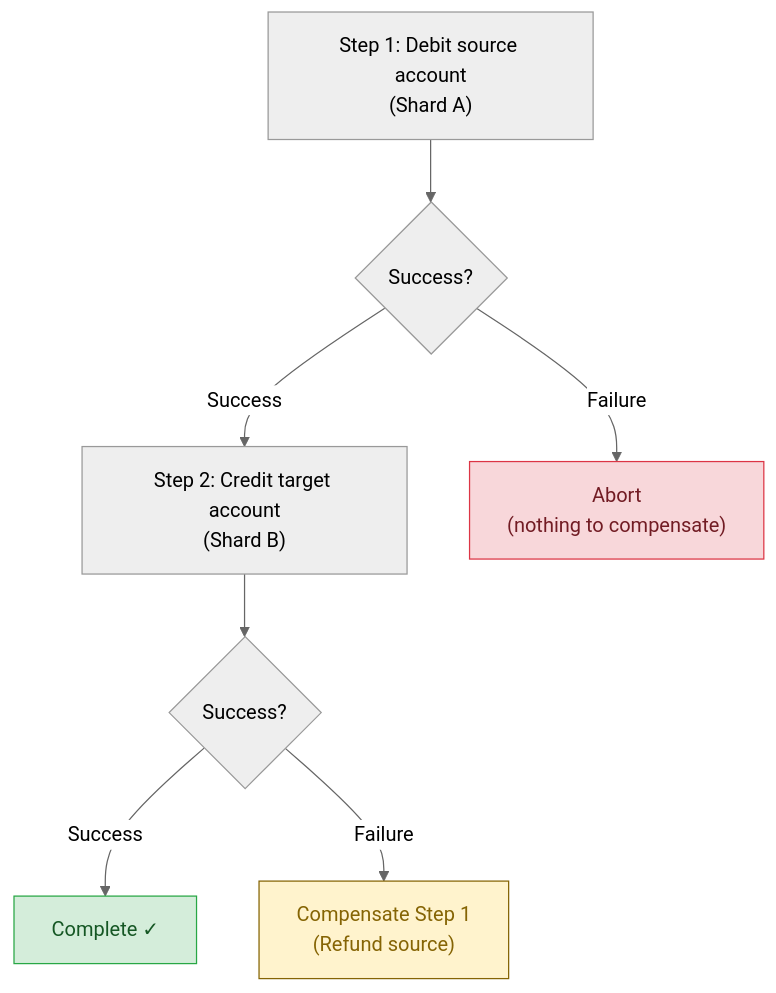
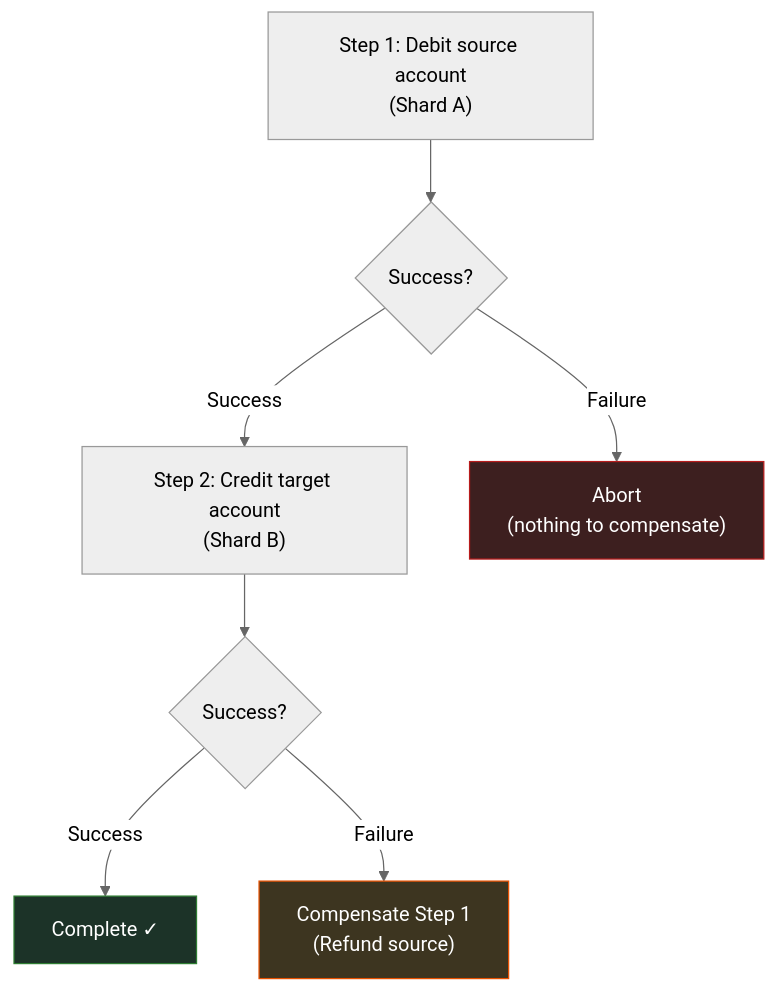
Before and after one commit to dlrivada/Encina: the second of 4 diagrams in docs/sharding/cross-shard-operations.md, drawn with Mermaid (neutral theme). The commit also changed other lines of this file and 6 other files, not shown here.

First line of the commit message:
docs: replace hardcoded light-mode Mermaid colors with dark equivalents

````diff
--- a/docs/sharding/cross-shard-operations.md
+++ b/docs/sharding/cross-shard-operations.md
@@ -80,21 +80,21 @@
 ```mermaid
 flowchart TD
     step1["Step 1: Debit source account<br/>(Shard A)"]
     step1success{"Success?"}
     step2["Step 2: Credit target account<br/>(Shard B)"]
     step2success{"Success?"}
     complete["Complete ✓"]
     compensate["Compensate Step 1<br/>(Refund source)"]
     abort["Abort<br/>(nothing to compensate)"]
 
     step1 --> step1success
     step1success -- "Success" --> step2
     step1success -- "Failure" --> abort
     step2 --> step2success
     step2success -- "Success" --> complete
     step2success -- "Failure" --> compensate
 
-    style complete fill:#d4edda,stroke:#28a745,color:#155724
-    style abort fill:#f8d7da,stroke:#dc3545,color:#721c24
-    style compensate fill:#fff3cd,stroke:#856404,color:#856404
+    style complete fill:#1c3328,stroke:#2e7d32,color:#fff
+    style abort fill:#3d1f1f,stroke:#b71c1c,color:#fff
+    style compensate fill:#3d3520,stroke:#e65100,color:#fff
 ```
````
